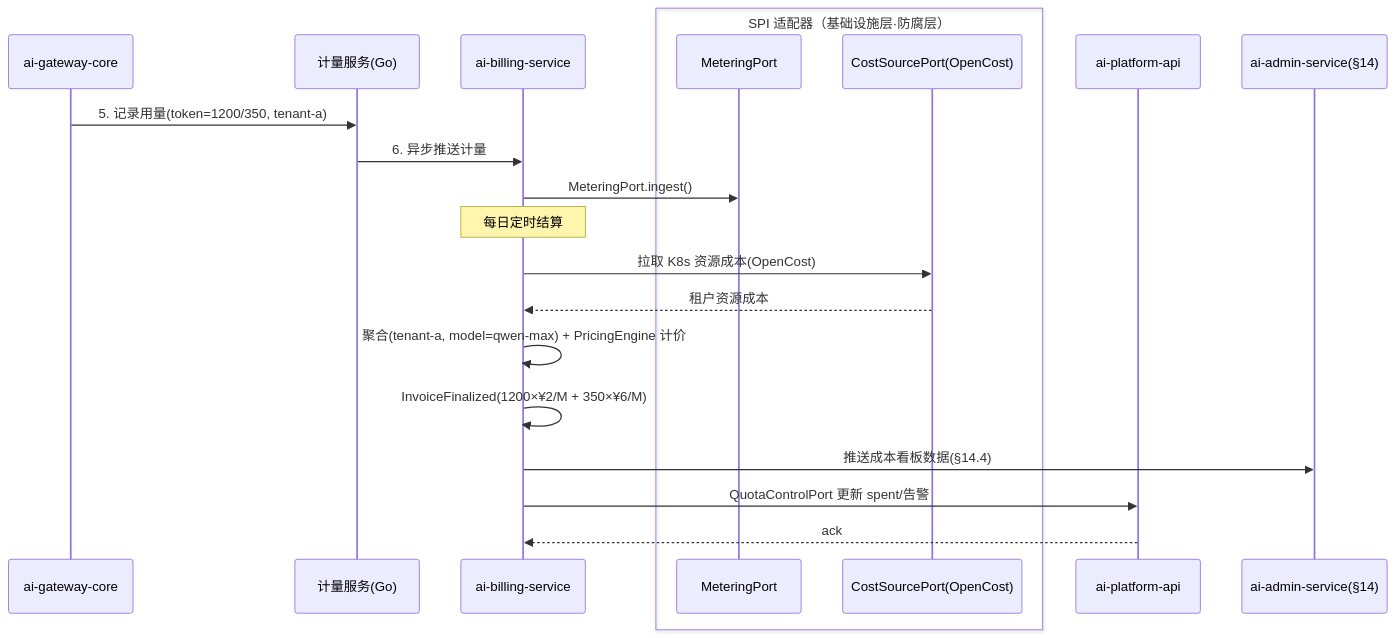
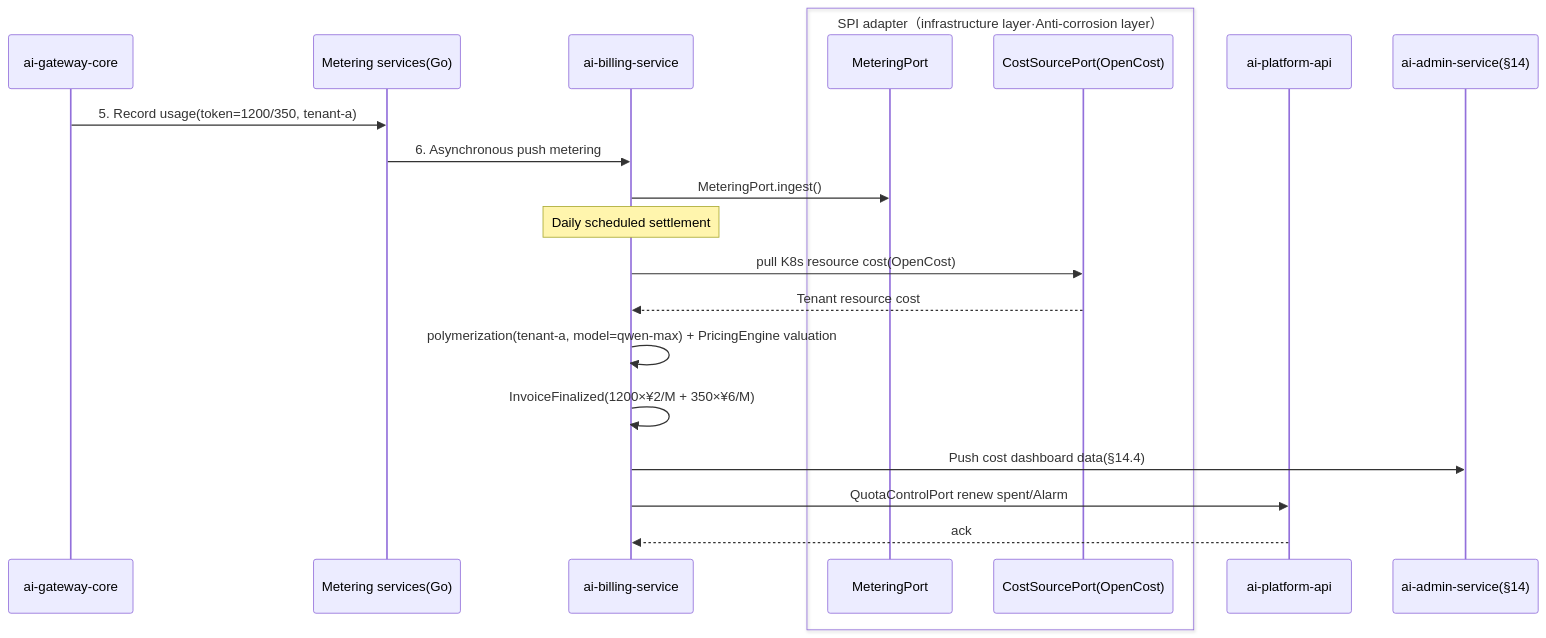
One commit to open-strata-ai/ai-billing-service changed the fourth of 5 diagrams in design/DESIGN.md. Above: the diagram before and after it, drawn with Mermaid. The commit also changed other lines of this file and 10 other files, not shown here.

````diff
--- a/design/DESIGN.md
+++ b/design/DESIGN.md
@@ -284,24 +284,24 @@
 ```mermaid
 sequenceDiagram
     participant GW as ai-gateway-core
-    participant METER as 计量服务(Go)
+    participant METER as Metering services(Go)
     participant BILL as ai-billing-service
-    box SPI 适配器（基础设施层·防腐层）
+    box SPI adapter（infrastructure layer·Anti-corrosion layer）
     participant MP as MeteringPort
     participant CP as CostSourcePort(OpenCost)
     end
     participant API as ai-platform-api
     participant ADM as ai-admin-service(§14)
 
-    GW->>METER: 5. 记录用量(token=1200/350, tenant-a)
-    METER->>BILL: 6. 异步推送计量
+    GW->>METER: 5. Record usage(token=1200/350, tenant-a)
+    METER->>BILL: 6. Asynchronous push metering
     BILL->>MP: MeteringPort.ingest()
-    Note over BILL: 每日定时结算
-    BILL->>CP: 拉取 K8s 资源成本(OpenCost)
-    CP-->>BILL: 租户资源成本
-    BILL->>BILL: 聚合(tenant-a, model=qwen-max) + PricingEngine 计价
+    Note over BILL: Daily scheduled settlement
+    BILL->>CP: pull K8s resource cost(OpenCost)
+    CP-->>BILL: Tenant resource cost
+    BILL->>BILL: polymerization(tenant-a, model=qwen-max) + PricingEngine valuation
     BILL->>BILL: InvoiceFinalized(1200×¥2/M + 350×¥6/M)
-    BILL->>ADM: 推送成本看板数据(§14.4)
-    BILL->>API: QuotaControlPort 更新 spent/告警
+    BILL->>ADM: Push cost dashboard data(§14.4)
+    BILL->>API: QuotaControlPort renew spent/Alarm
     API-->>BILL: ack
 ```
````
